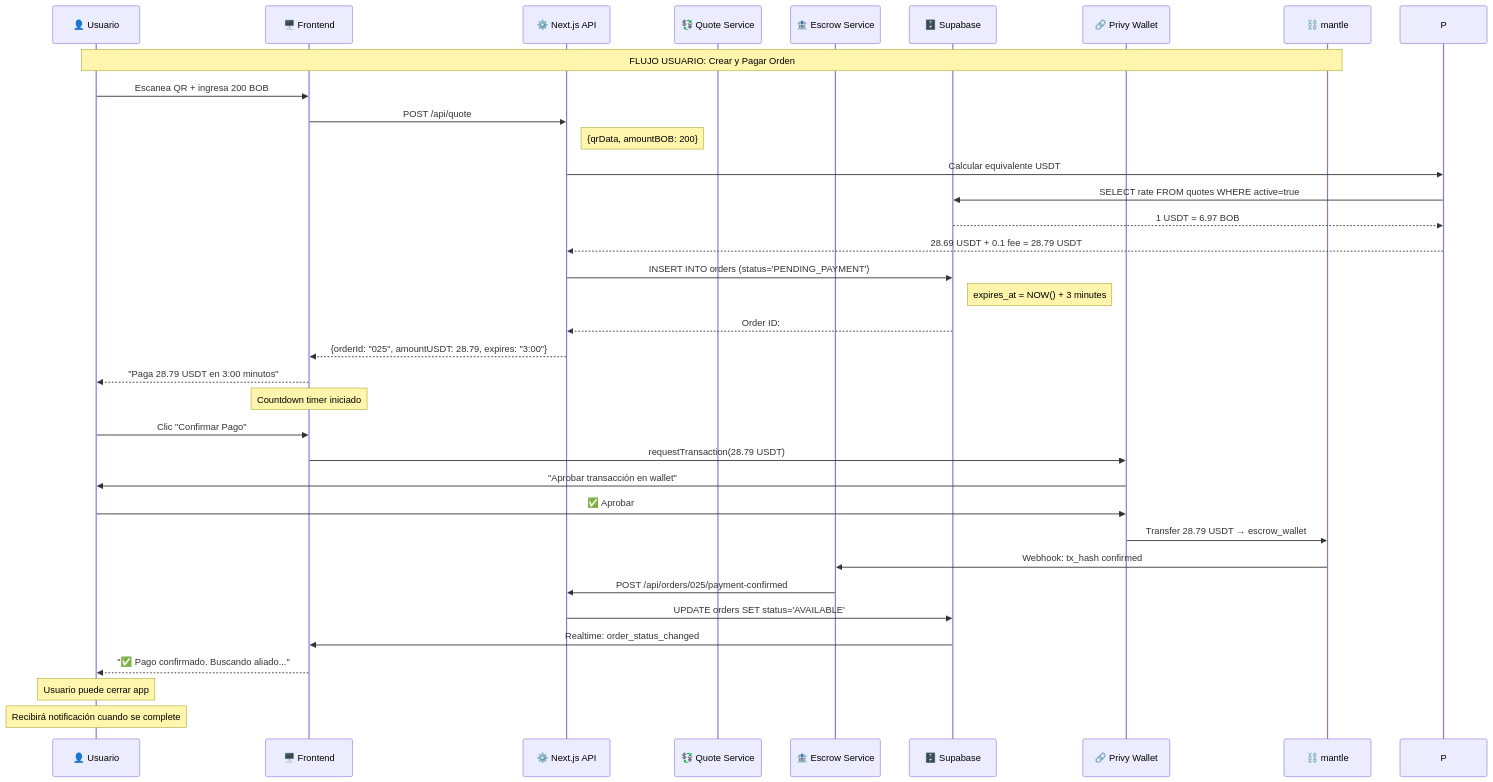
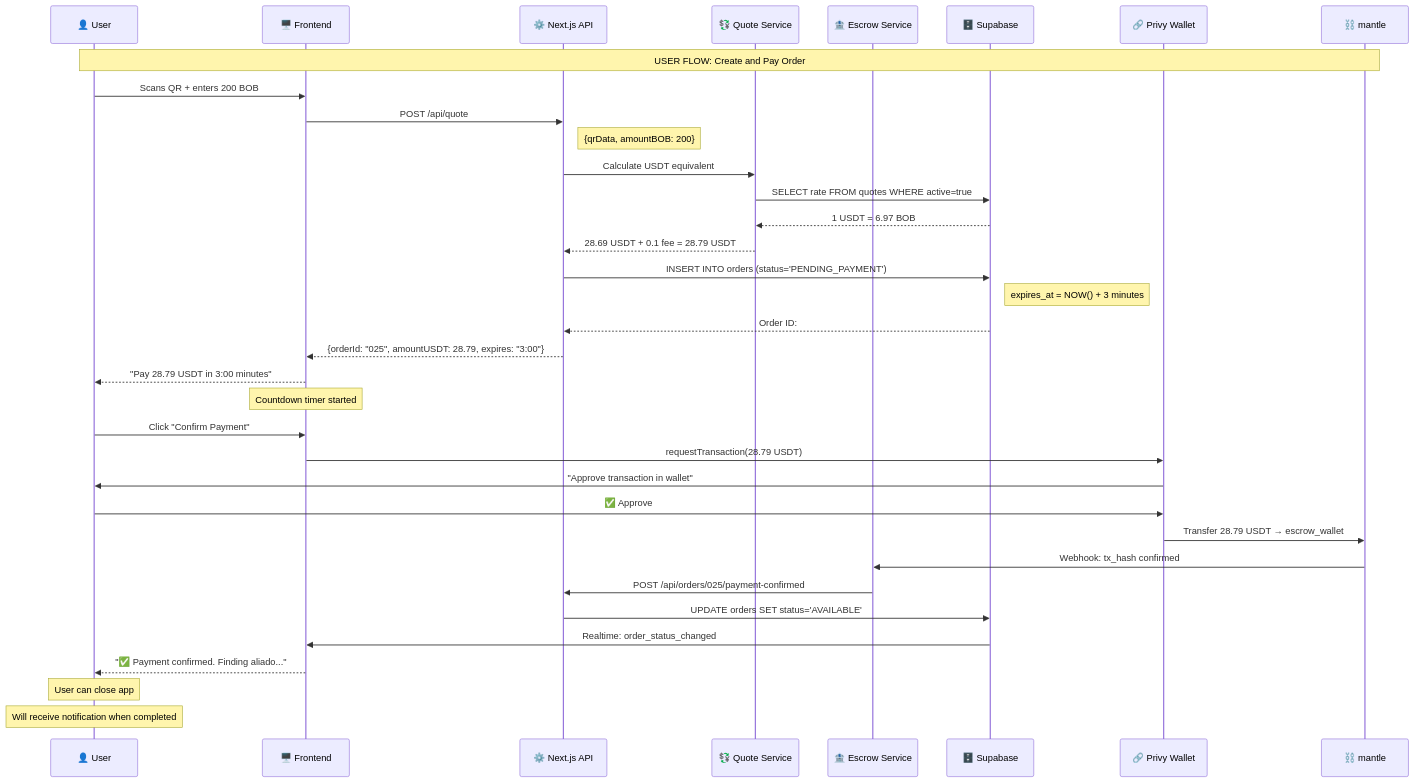
One commit to kibo-project/Kibo-Wiki changed the second of 8 diagrams in 02-estados-y-flujos.md. Above: the diagram before and after it, drawn with Mermaid. The commit also changed other lines of this file and 5 other files, not shown here.

````diff
--- a/02-estados-y-flujos.md
+++ b/02-estados-y-flujos.md
@@ -139,45 +139,45 @@
 ```mermaid
 sequenceDiagram
-    participant U as 👤 Usuario
+    participant U as 👤 User
     participant F as 🖥️ Frontend
     participant API as ⚙️ Next.js API
     participant Q as 💱 Quote Service
     participant E as 🏦 Escrow Service
     participant DB as 🗄️ Supabase
     participant W as 🔗 Privy Wallet
     participant BC as ⛓️ mantle
 
-    Note over U,BC: FLUJO USUARIO: Crear y Pagar Orden
+    Note over U,BC: USER FLOW: Create and Pay Order
 
-    U->>F: Escanea QR + ingresa 200 BOB
+    U->>F: Scans QR + enters 200 BOB
     F->>API: POST /api/quote
     Note right of API: {qrData, amountBOB: 200}
     
-    API->>P: Calcular equivalente USDT
-    P->>DB: SELECT rate FROM quotes WHERE active=true
-    DB-->>P: 1 USDT = 6.97 BOB
-    P-->>API: 28.69 USDT + 0.1 fee = 28.79 USDT
+    API->>Q: Calculate USDT equivalent
+    Q->>DB: SELECT rate FROM quotes WHERE active=true
+    DB-->>Q: 1 USDT = 6.97 BOB
+    Q-->>API: 28.69 USDT + 0.1 fee = 28.79 USDT
     
     API->>DB: INSERT INTO orders (status='PENDING_PAYMENT')
     Note right of DB: expires_at = NOW() + 3 minutes
     DB-->>API: Order ID: #025
     
     API-->>F: {orderId: "025", amountUSDT: 28.79, expires: "3:00"}
-    F-->>U: "Paga 28.79 USDT en 3:00 minutos"
+    F-->>U: "Pay 28.79 USDT in 3:00 minutes"
     
-    Note over F: Countdown timer iniciado
-    U->>F: Clic "Confirmar Pago"
+    Note over F: Countdown timer started
+    U->>F: Click "Confirm Payment"
     F->>W: requestTransaction(28.79 USDT)
-    W->>U: "Aprobar transacción en wallet"
-    U->>W: ✅ Aprobar
+    W->>U: "Approve transaction in wallet"
+    U->>W: ✅ Approve
     W->>BC: Transfer 28.79 USDT → escrow_wallet
     
     BC->>E: Webhook: tx_hash confirmed
     E->>API: POST /api/orders/025/payment-confirmed
     API->>DB: UPDATE orders SET status='AVAILABLE'
     DB->>F: Realtime: order_status_changed
-    F-->>U: "✅ Pago confirmado. Buscando aliado..."
+    F-->>U: "✅ Payment confirmed. Finding aliado..."
     
-    Note over U: Usuario puede cerrar app
-    Note over U: Recibirá notificación cuando se complete
+    Note over U: User can close app
+    Note over U: Will receive notification when completed
 ```
````
